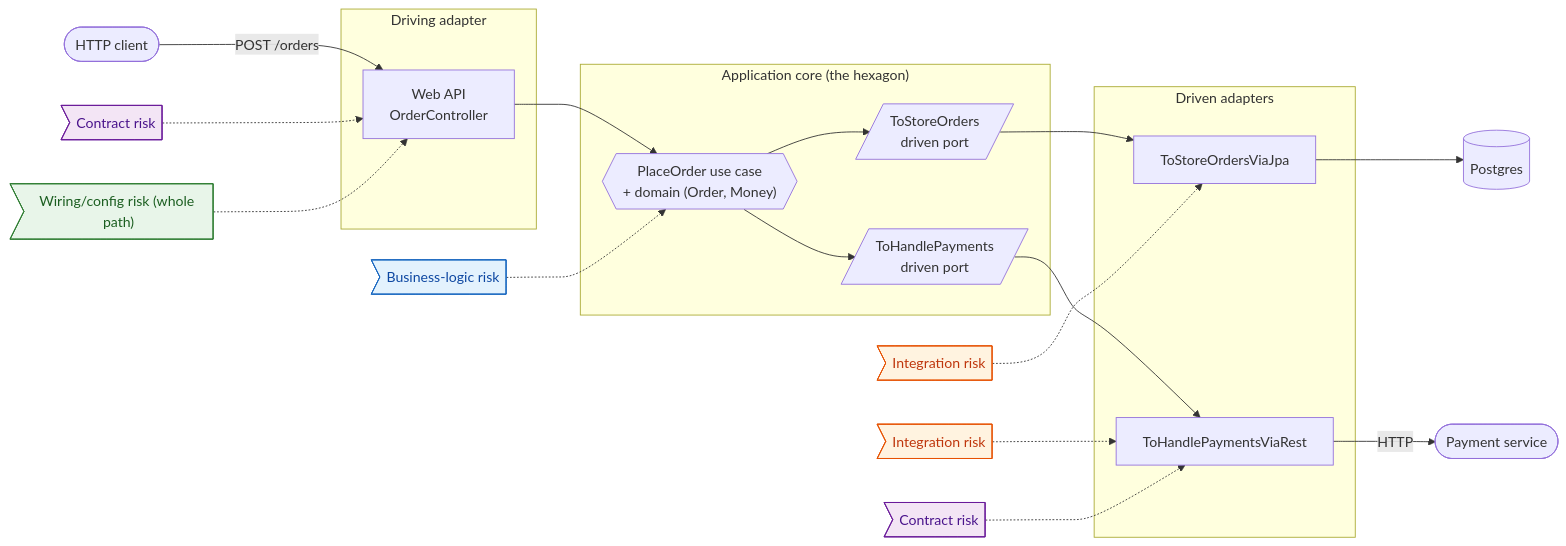
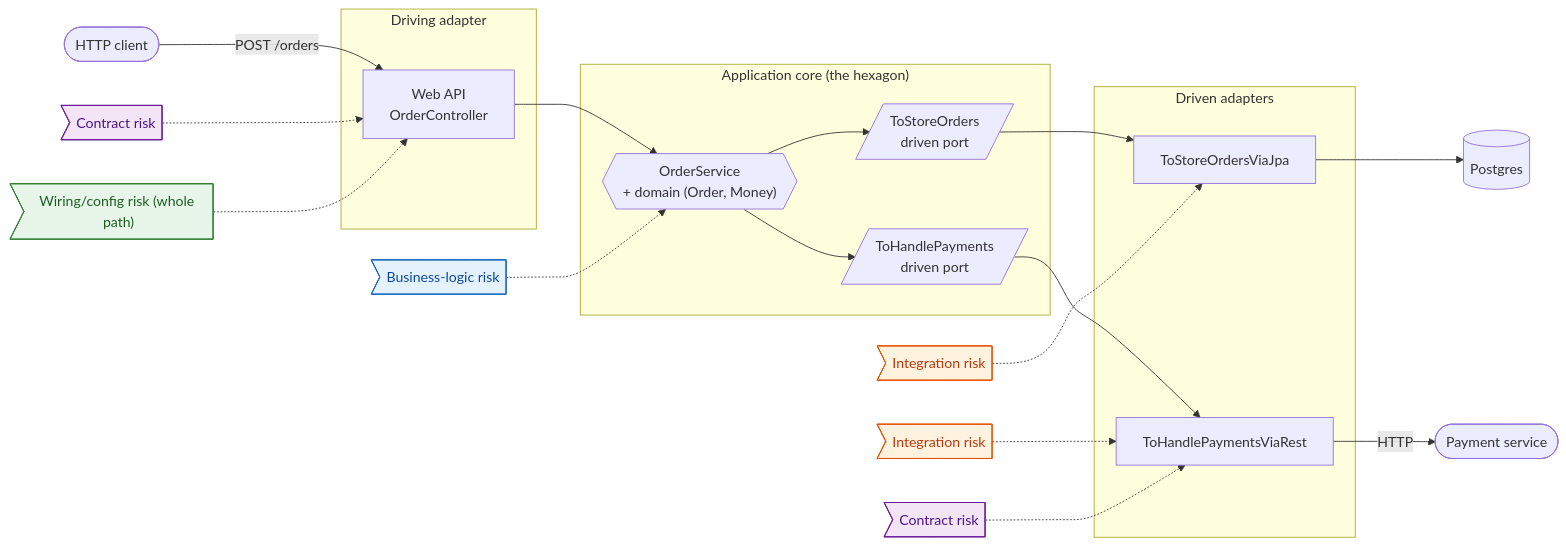
Before and after one commit to mkutz/hexagonal-testing-spring-boot: the diagram in README.md, drawn with Mermaid. The commit also changed other lines of this file and 6 other files, not shown here.

First line of the commit message:
Route order reads through the core; merge use cases into OrderService

````diff
--- a/README.md
+++ b/README.md
@@ -93,38 +93,38 @@
 ```mermaid
 flowchart LR
     client([HTTP client])
 
     subgraph driving["Driving adapter"]
         web["Web API<br/>OrderController"]
     end
 
     subgraph core["Application core (the hexagon)"]
-        uc{{"PlaceOrder use case<br/>+ domain (Order, Money)"}}
+        uc{{"OrderService<br/>+ domain (Order, Money)"}}
         rp[/"ToStoreOrders<br/>driven port"/]
         pp[/"ToHandlePayments<br/>driven port"/]
     end
 
     subgraph driven["Driven adapters"]
         jpa["ToStoreOrdersViaJpa"]
         payg["ToHandlePaymentsViaRest"]
     end
 
     db[(Postgres)]
     ext([Payment service])
 
     client -->|POST /orders| web --> uc
     uc --> rp --> jpa --> db
     uc --> pp --> payg -->|HTTP| ext
 
     rk1>"Business-logic risk"]:::logic -.-> uc
     rk2>"Integration risk"]:::integ -.-> jpa
     rk3>"Integration risk"]:::integ -.-> payg
     rk4>"Contract risk"]:::contract -.-> web
     rk5>"Contract risk"]:::contract -.-> payg
     rk6>"Wiring/config risk (whole path)"]:::wiring -.-> web
 
     classDef logic fill:#e3f2fd,stroke:#1565c0,color:#0d47a1;
     classDef integ fill:#fff3e0,stroke:#e65100,color:#bf360c;
     classDef contract fill:#f3e5f5,stroke:#6a1b9a,color:#4a148c;
     classDef wiring fill:#e8f5e9,stroke:#2e7d32,color:#1b5e20;
 ```
````
